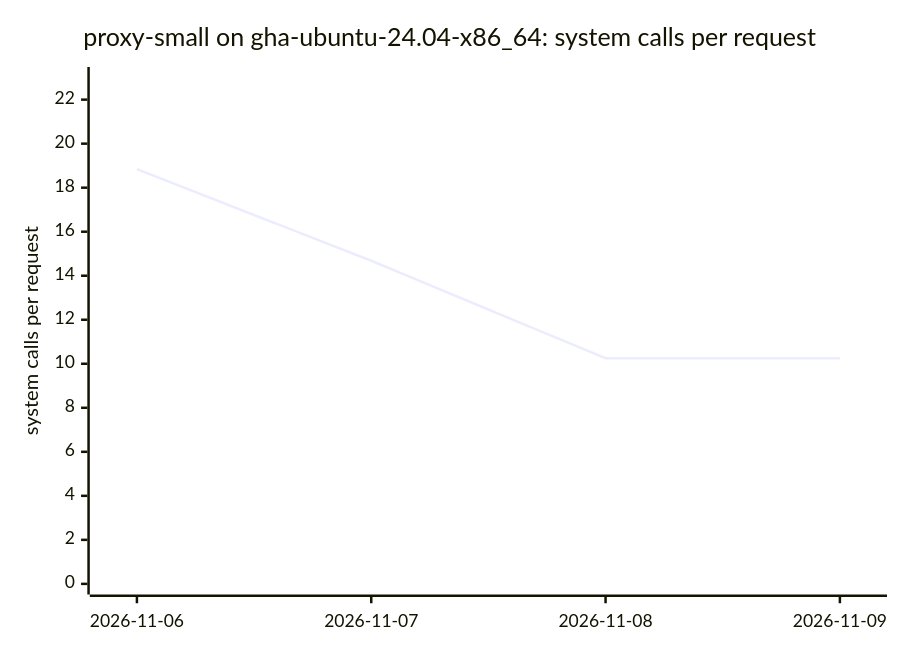
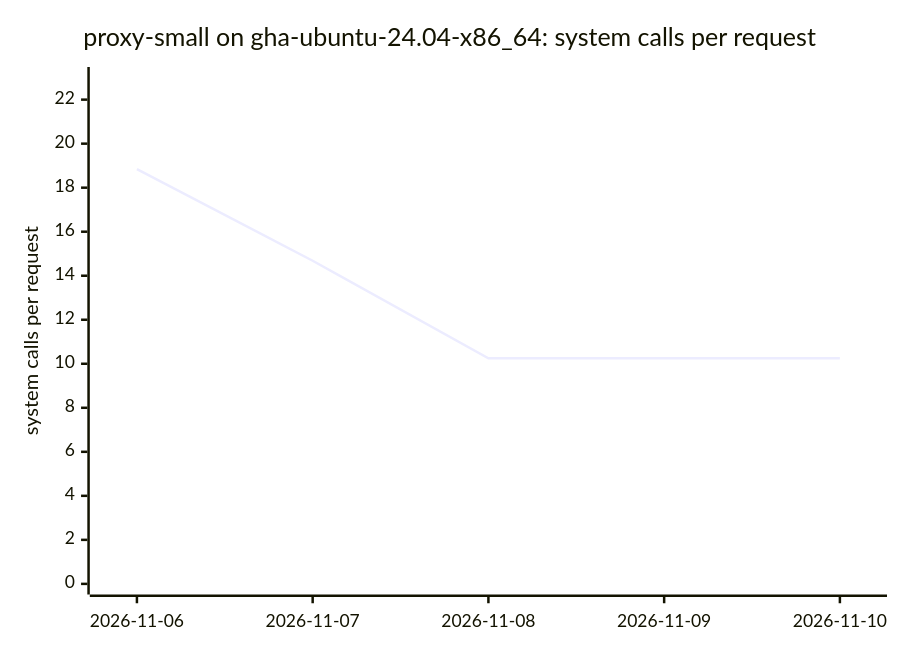
Diagram 13 of 18 in BENCHMARKS.md (ThePixelPilgrim/durchlauferhitzer), drawn with Mermaid before and after one commit. The commit also changed other lines of this file and 1 other file, not shown here.

````diff
--- a/BENCHMARKS.md
+++ b/BENCHMARKS.md
@@ -148,7 +148,7 @@
 ```mermaid
 xychart-beta
   title "proxy-small on gha-ubuntu-24.04-x86_64: system calls per request"
-  x-axis ["2026-11-06", "2026-11-07", "2026-11-08", "2026-11-09"]
+  x-axis ["2026-11-06", "2026-11-07", "2026-11-08", "2026-11-09", "2026-11-10"]
   y-axis "system calls per request" 0 --> 23
-  line [18.84, 14.68, 10.25, 10.25]
+  line [18.84, 14.68, 10.25, 10.25, 10.25]
 ```
````
